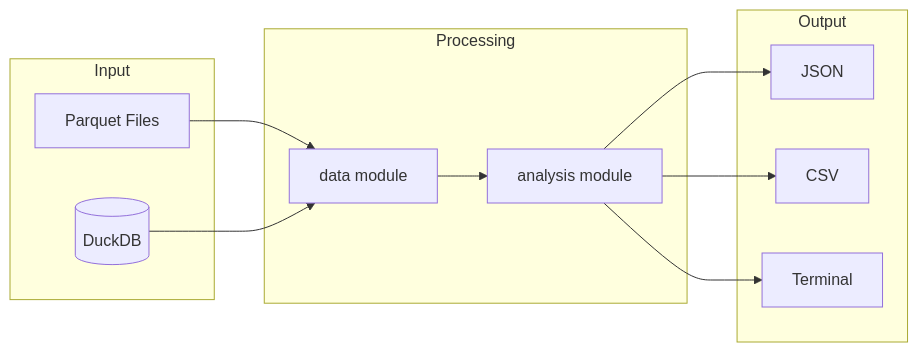
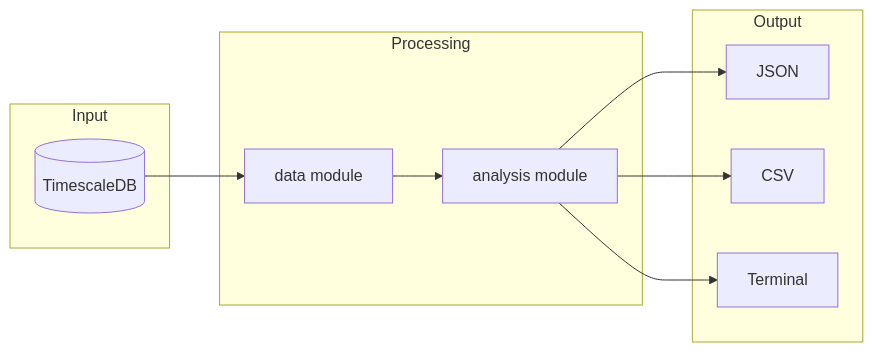
The third of 4 diagrams in docs/diagrams/module-overview.md (jlipworth/fin-kit), drawn with Mermaid before and after one commit. The commit also changed other lines of this file and 10 other files, not shown here.

Commit message:
docs: update all references from DuckDB to TimescaleDB/libpqxx

````diff
--- a/docs/diagrams/module-overview.md
+++ b/docs/diagrams/module-overview.md
@@ -79,25 +79,23 @@
 ```mermaid
 flowchart LR
     subgraph Input
-        P[Parquet Files]
-        DB[(DuckDB)]
+        DB[(TimescaleDB)]
     end
 
     subgraph Processing
         D[data module]
         A[analysis module]
     end
 
     subgraph Output
         JSON[JSON]
         CSV[CSV]
         TERM[Terminal]
     end
 
-    P --> D
     DB --> D
     D --> A
     A --> JSON
     A --> CSV
     A --> TERM
 ```
````
